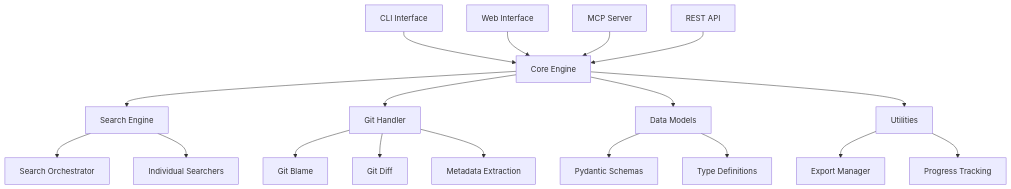
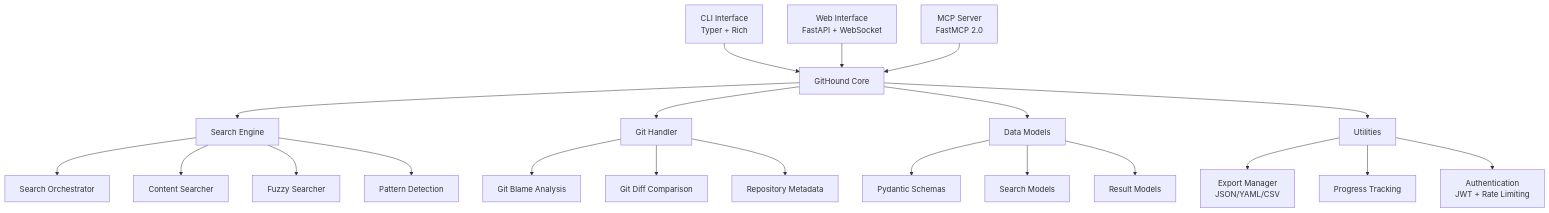
The diagram in docs/index.md (AstroAir/GitHound), drawn with Mermaid before and after one commit. The commit also changed other lines of this file and 273 other files, not shown here.

First line of the commit message:
Complete FastMCP 2.x integration and comprehensive codebase refactoring

````diff
--- a/docs/index.md
+++ b/docs/index.md
@@ -59,25 +61,28 @@
 ```mermaid
 graph TB
-    CLI[CLI Interface] --> Core[Core Engine]
-    Web[Web Interface] --> Core
-    MCP[MCP Server] --> Core
-    API[REST API] --> Core
+    CLI[CLI Interface<br/>Typer + Rich] --> Core[GitHound Core]
+    Web[Web Interface<br/>FastAPI + WebSocket] --> Core
+    MCP[MCP Server<br/>FastMCP 2.0] --> Core
 
     Core --> SearchEngine[Search Engine]
     Core --> GitHandler[Git Handler]
     Core --> Models[Data Models]
     Core --> Utils[Utilities]
 
     SearchEngine --> Orchestrator[Search Orchestrator]
-    SearchEngine --> Searchers[Individual Searchers]
+    SearchEngine --> ContentSearch[Content Searcher]
+    SearchEngine --> FuzzySearch[Fuzzy Searcher]
+    SearchEngine --> PatternDetect[Pattern Detection]
 
-    GitHandler --> Blame[Git Blame]
-    GitHandler --> Diff[Git Diff]
-    GitHandler --> Metadata[Metadata Extraction]
+    GitHandler --> Blame[Git Blame Analysis]
+    GitHandler --> Diff[Git Diff Comparison]
+    GitHandler --> Metadata[Repository Metadata]
 
     Models --> Schemas[Pydantic Schemas]
-    Models --> Types[Type Definitions]
+    Models --> SearchModels[Search Models]
+    Models --> ResultModels[Result Models]
 
-    Utils --> Export[Export Manager]
+    Utils --> Export[Export Manager<br/>JSON/YAML/CSV]
     Utils --> Progress[Progress Tracking]
+    Utils --> Auth[Authentication<br/>JWT + Rate Limiting]
 ```
````
